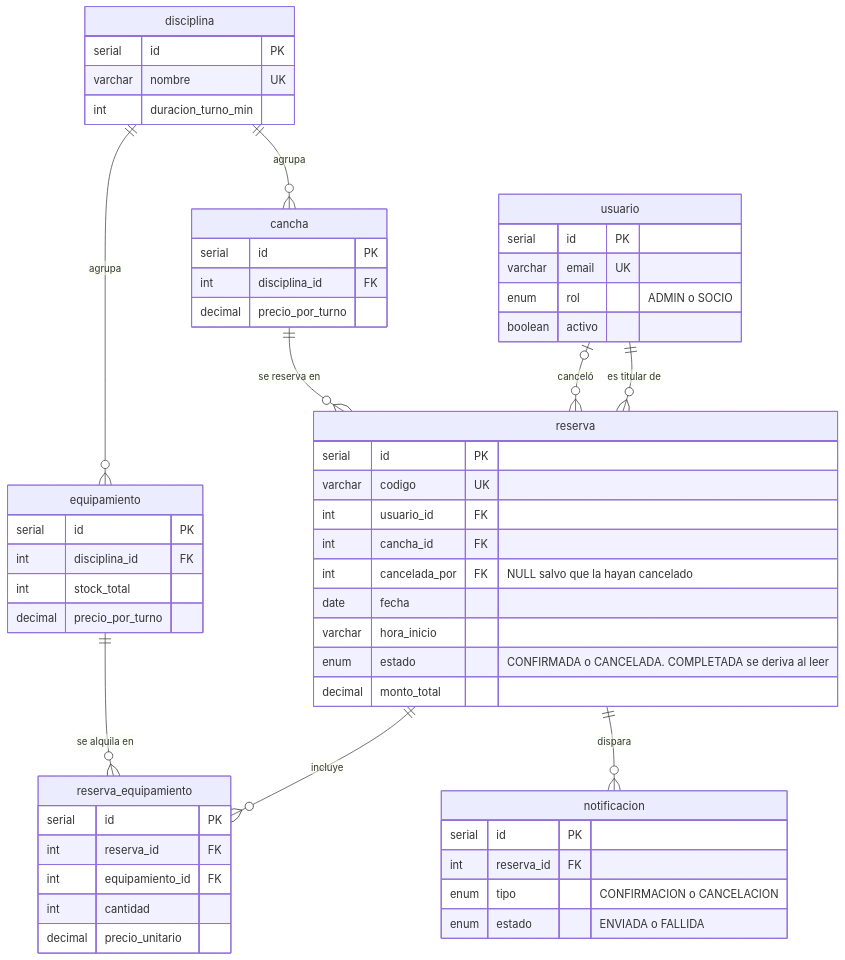
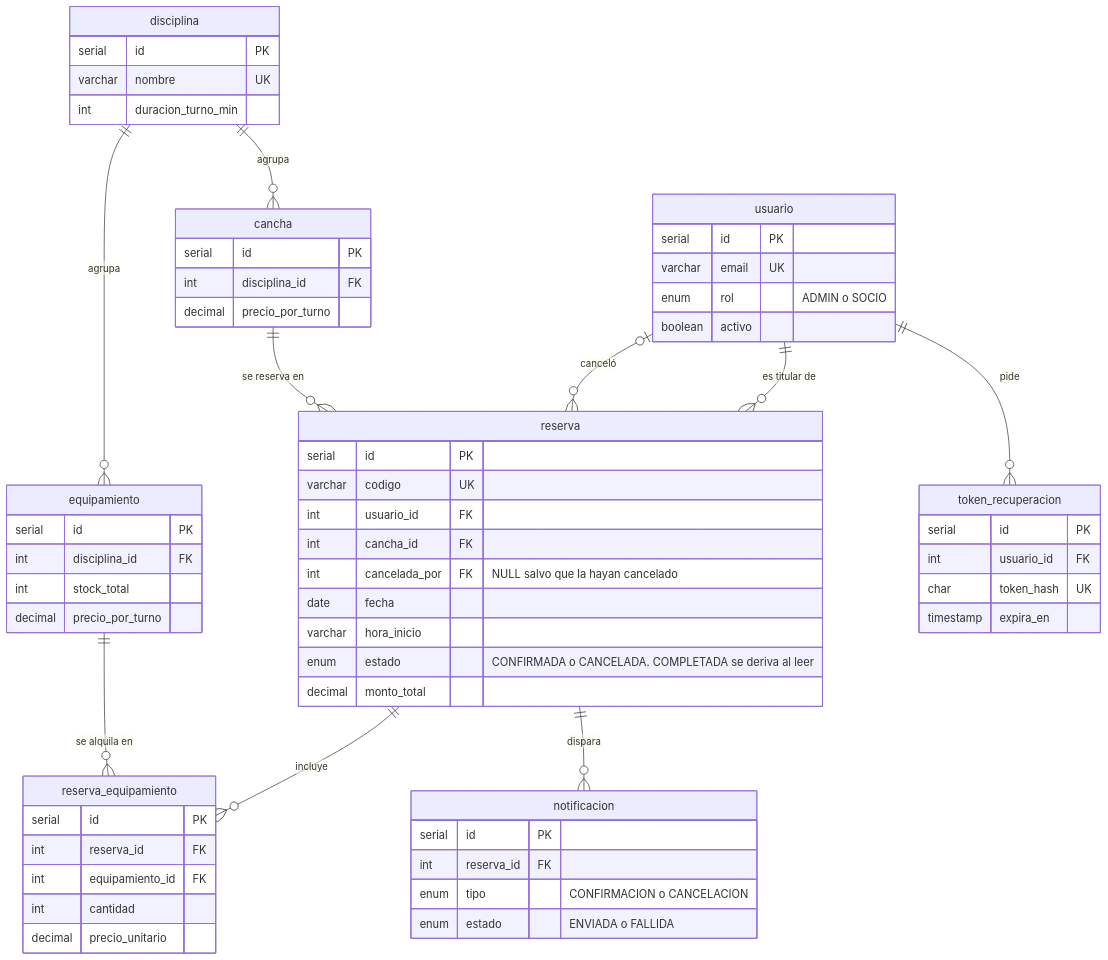
Before and after one commit to rociobazan/club-deportivo-deploy: the diagram in docs/requisitos.md, drawn with Mermaid. The commit also changed other lines of this file and 38 other files, not shown here.

````diff
--- a/docs/requisitos.md
+++ b/docs/requisitos.md
@@ -417,58 +437,65 @@
 ```mermaid
 erDiagram
     usuario {
         serial id PK
         varchar email UK
         enum rol "ADMIN o SOCIO"
         boolean activo
     }
     disciplina {
         serial id PK
         varchar nombre UK
         int duracion_turno_min
     }
     cancha {
         serial id PK
         int disciplina_id FK
         decimal precio_por_turno
     }
     equipamiento {
         serial id PK
         int disciplina_id FK
         int stock_total
         decimal precio_por_turno
     }
     reserva {
         serial id PK
         varchar codigo UK
         int usuario_id FK
         int cancha_id FK
         int cancelada_por FK "NULL salvo que la hayan cancelado"
         date fecha
         varchar hora_inicio
         enum estado "CONFIRMADA o CANCELADA. COMPLETADA se deriva al leer"
         decimal monto_total
     }
     reserva_equipamiento {
         serial id PK
         int reserva_id FK
         int equipamiento_id FK
         int cantidad
         decimal precio_unitario
     }
     notificacion {
         serial id PK
         int reserva_id FK
         enum tipo "CONFIRMACION o CANCELACION"
         enum estado "ENVIADA o FALLIDA"
     }
+    token_recuperacion {
+        serial id PK
+        int usuario_id FK
+        char token_hash UK
+        timestamp expira_en
+    }
 
     disciplina ||--o{ cancha : "agrupa"
     disciplina ||--o{ equipamiento : "agrupa"
     usuario ||--o{ reserva : "es titular de"
     usuario |o--o{ reserva : "canceló"
     cancha ||--o{ reserva : "se reserva en"
     reserva ||--o{ reserva_equipamiento : "incluye"
     equipamiento ||--o{ reserva_equipamiento : "se alquila en"
     reserva ||--o{ notificacion : "dispara"
+    usuario ||--o{ token_recuperacion : "pide"
 ```
````
